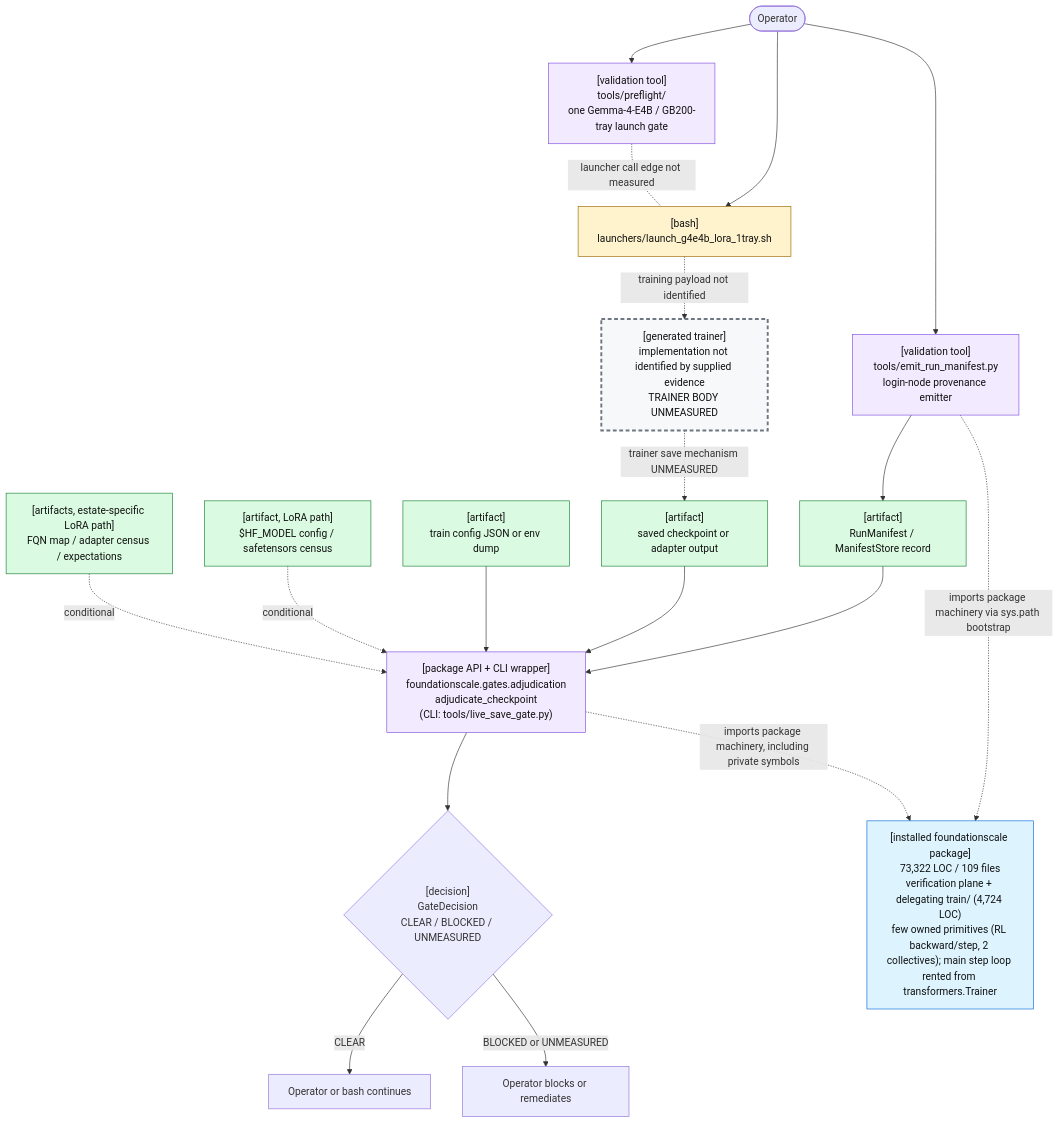
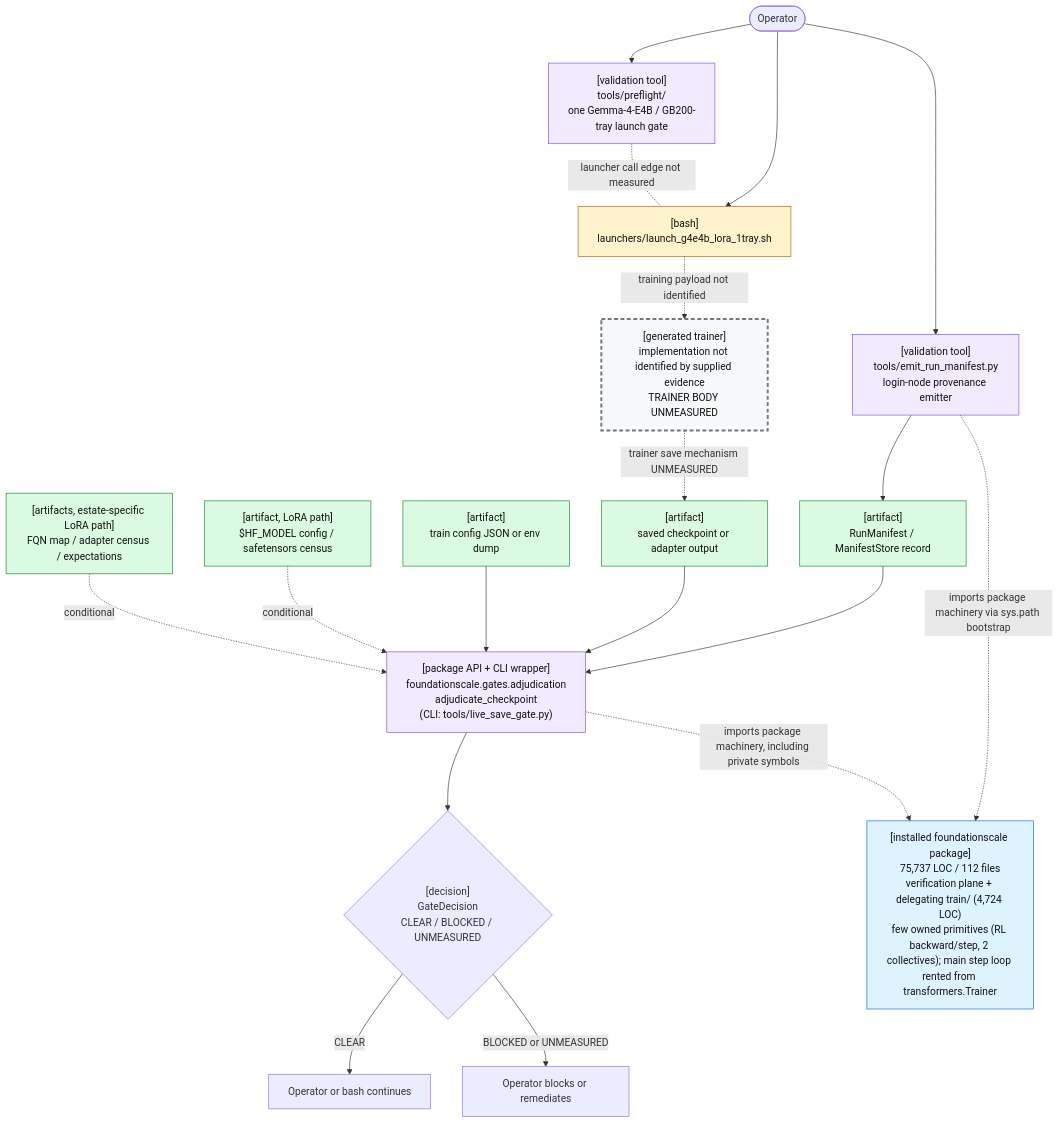
The first of 2 diagrams in docs/review/D2_current_architecture.md (TranNhiem/FoundationScale), drawn with Mermaid before and after one commit. The commit also changed other lines of this file and 10 other files, not shown here.

````diff
--- a/docs/review/D2_current_architecture.md
+++ b/docs/review/D2_current_architecture.md
@@ -25,59 +25,59 @@
 ```mermaid
 flowchart TB
   O(["Operator"])
 
   PF["[validation tool]<br/>tools/preflight/<br/>one Gemma-4-E4B / GB200-tray launch gate"]
   L["[bash]<br/>launchers/launch_g4e4b_lora_1tray.sh"]
 
   E["[validation tool]<br/>tools/emit_run_manifest.py<br/>login-node provenance emitter"]
   M["[artifact]<br/>RunManifest / ManifestStore record"]
 
   T["[generated trainer]<br/>implementation not identified by supplied evidence<br/>TRAINER BODY UNMEASURED"]
   C["[artifact]<br/>saved checkpoint or adapter output"]
 
   G["[package API + CLI wrapper]<br/>foundationscale.gates.adjudication<br/>adjudicate_checkpoint<br/>(CLI: tools/live_save_gate.py)"]
   CFG["[artifact]<br/>train config JSON or env dump"]
   BASE["[artifact, LoRA path]<br/>$HF_MODEL config / safetensors census"]
   CEN["[artifacts, estate-specific LoRA path]<br/>FQN map / adapter census / expectations"]
 
   D{"[decision]<br/>GateDecision<br/>CLEAR / BLOCKED / UNMEASURED"}
   OK["Operator or bash continues"]
   NO["Operator blocks or remediates"]
 
-  PKG["[installed foundationscale package]<br/>73,322 LOC / 109 files<br/>verification plane + delegating train/ (4,724 LOC)<br/>few owned primitives (RL backward/step, 2 collectives); main step loop rented from transformers.Trainer"]
+  PKG["[installed foundationscale package]<br/>75,737 LOC / 112 files<br/>verification plane + delegating train/ (4,724 LOC)<br/>few owned primitives (RL backward/step, 2 collectives); main step loop rented from transformers.Trainer"]
 
   O --> PF
   O --> L
   PF -. "launcher call edge not measured" .- L
 
   O --> E
   E --> M
 
   L -. "training payload not identified" .-> T
   T -. "trainer save mechanism UNMEASURED" .-> C
 
   M --> G
   C --> G
   CFG --> G
   BASE -. "conditional" .-> G
   CEN -. "conditional" .-> G
 
   E -. "imports package machinery via sys.path bootstrap" .-> PKG
   G -. "imports package machinery, including private symbols" .-> PKG
 
   G --> D
   D -->|"CLEAR"| OK
   D -->|"BLOCKED or UNMEASURED"| NO
 
   classDef bash fill:#fff3cd,stroke:#9a6700,color:#111;
   classDef tool fill:#f2eaff,stroke:#8250df,color:#111;
   classDef artifact fill:#dafbe1,stroke:#1a7f37,color:#111;
   classDef gap fill:#f6f8fa,stroke:#6e7781,stroke-width:3px,stroke-dasharray: 6 4,color:#111;
   classDef pkg fill:#ddf4ff,stroke:#0969da,color:#111;
 
   class L bash;
   class PF,E,G tool;
   class M,C,CFG,BASE,CEN artifact;
   class T gap;
   class PKG pkg;
 ```
````
